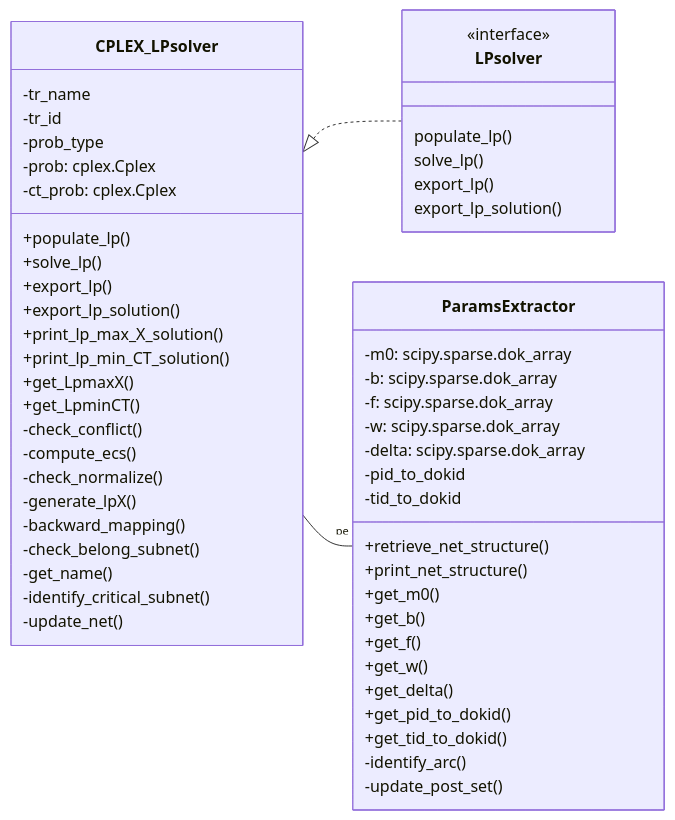
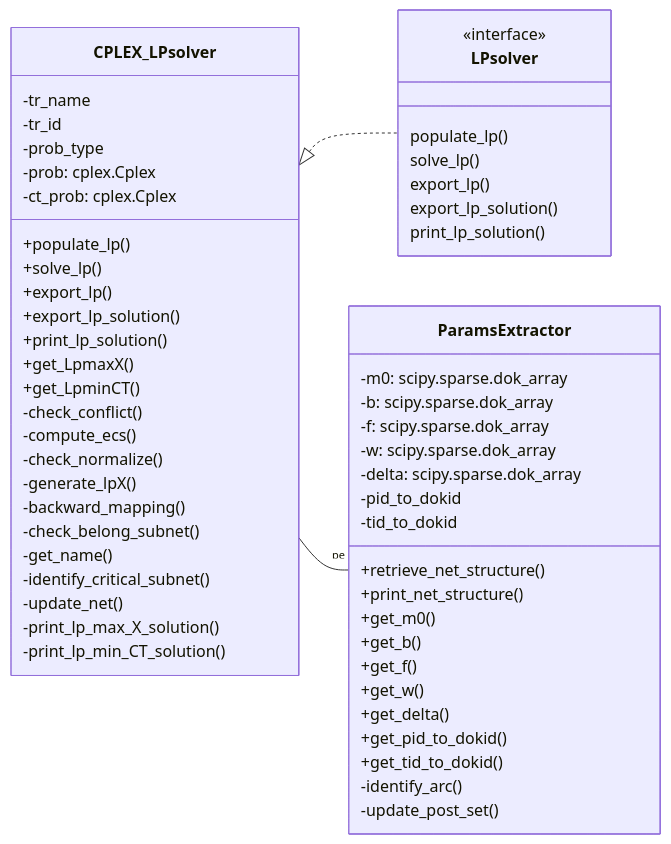
Before and after one commit to simber72/PTPNperfbound: the third of 3 diagrams in doc/Solver_modules.md, drawn with Mermaid.

````diff
--- a/doc/Solver_modules.md
+++ b/doc/Solver_modules.md
@@ -118,60 +118,62 @@
 ```mermaid
 classDiagram
 	
 	direction LR
 	class LPsolver{
 		populate_lp()
 		solve_lp()
 		export_lp()
 		export_lp_solution()
+		print_lp_solution()
 	}
 	<<interface>> LPsolver
 
 	class CPLEX_LPsolver{
 		-tr_name
 		-tr_id
 		-prob_type
 		-prob: cplex.Cplex
 		-ct_prob: cplex.Cplex
 		+populate_lp()
 		+solve_lp()
 		+export_lp()
 		+export_lp_solution()
-		+print_lp_max_X_solution()
-		+print_lp_min_CT_solution()
+		+print_lp_solution()
 		+get_LpmaxX()
 		+get_LpminCT()
 		-check_conflict()
 		-compute_ecs()
 		-check_normalize()
 		-generate_lpX()
 		-backward_mapping()
 		-check_belong_subnet()
 		-get_name()
 		-identify_critical_subnet()
 		-update_net()
+		-print_lp_max_X_solution()
+		-print_lp_min_CT_solution()
 	}
 	class ParamsExtractor{
 		-m0: scipy.sparse.dok_array
 		-b: scipy.sparse.dok_array
 		-f: scipy.sparse.dok_array
 		-w: scipy.sparse.dok_array
 		-delta: scipy.sparse.dok_array
 		-pid_to_dokid
 		-tid_to_dokid
 		+retrieve_net_structure()
 		+print_net_structure()
 		+get_m0()
 		+get_b()
 		+get_f()
 		+get_w()
 		+get_delta()
 		+get_pid_to_dokid()
 		+get_tid_to_dokid()
 		-identify_arc()
 		-update_post_set()
 	}
 
 	CPLEX_LPsolver <|.. LPsolver
 	CPLEX_LPsolver --"pe" ParamsExtractor
 ```
````
